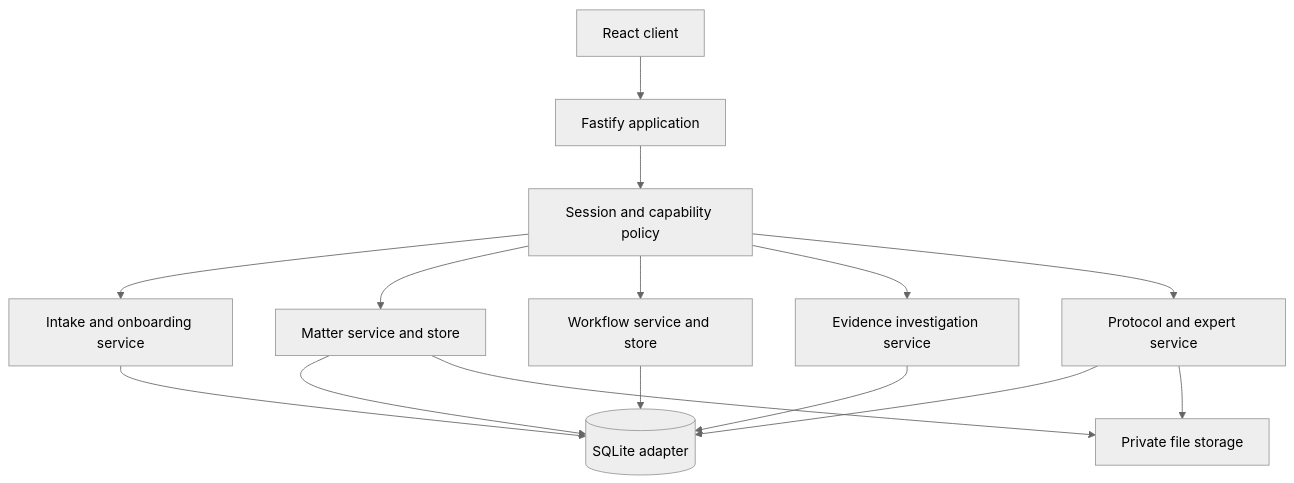
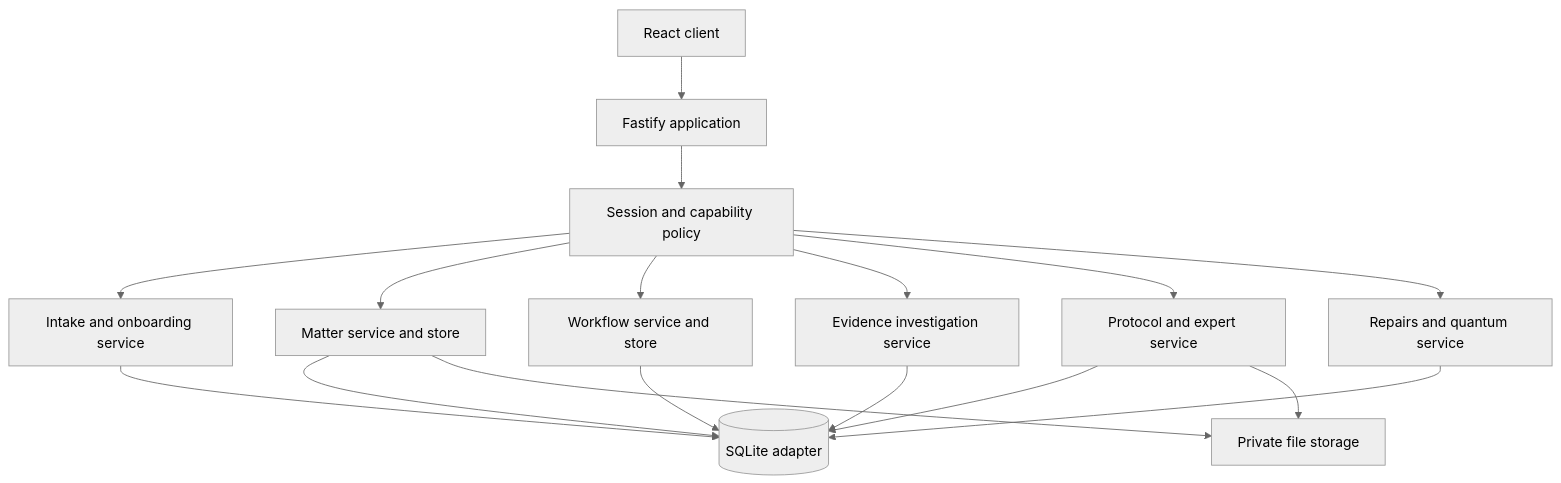
The diagram in README.md (Ments123/SwiftClaim), drawn with Mermaid (neutral theme) before and after one commit. The commit also changed other lines of this file and 38 other files, not shown here.

First line of the commit message:
feat: add governed repairs and quantum controls (#3)

````diff
--- a/README.md
+++ b/README.md
@@ -163,17 +184,19 @@
 ```mermaid
 flowchart TD
   Browser[React client] --> API[Fastify application]
   API --> Policy[Session and capability policy]
   Policy --> Intake["Intake and onboarding service"]
   Policy --> Matter["Matter service and store"]
   Policy --> Workflow["Workflow service and store"]
   Policy --> Evidence["Evidence investigation service"]
   Policy --> Protocol["Protocol and expert service"]
+  Policy --> Quantum["Repairs and quantum service"]
   Intake --> DB[(SQLite adapter)]
   Matter --> DB[(SQLite adapter)]
   Workflow --> DB
   Evidence --> DB
   Protocol --> DB
+  Quantum --> DB
   Protocol --> Files
   Matter --> Files[Private file storage]
 ```
````
